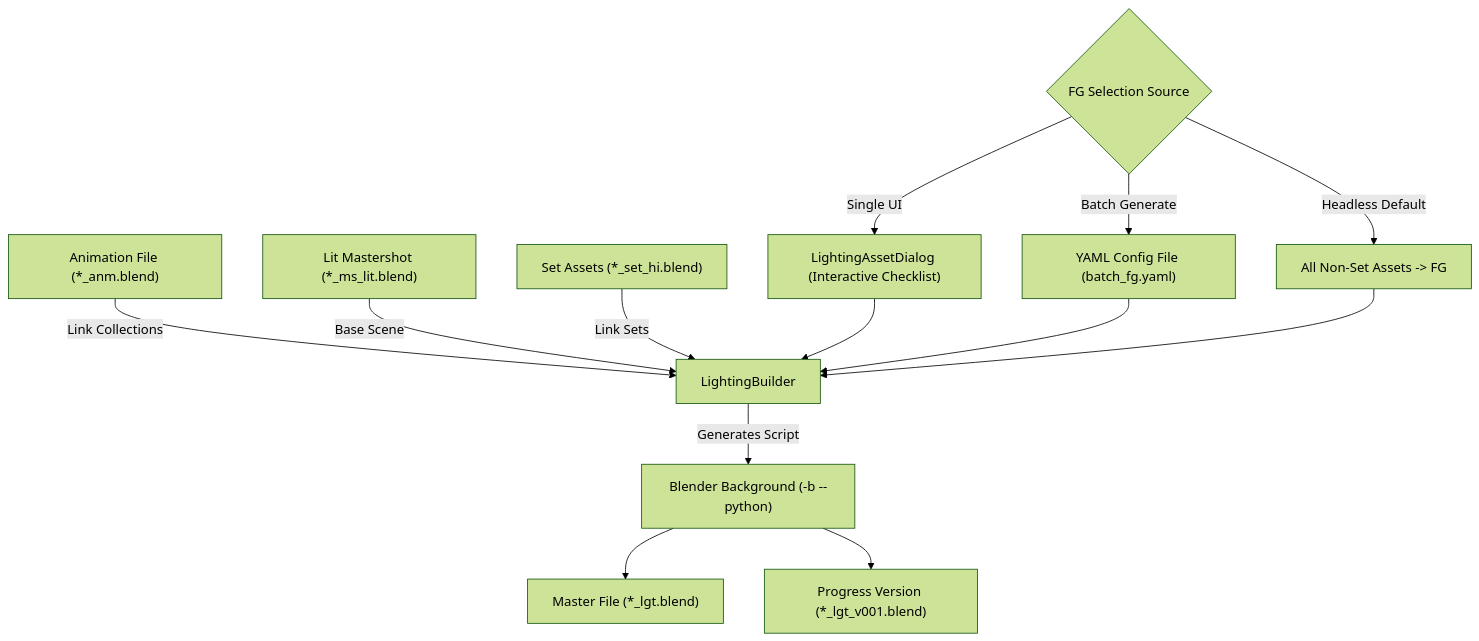
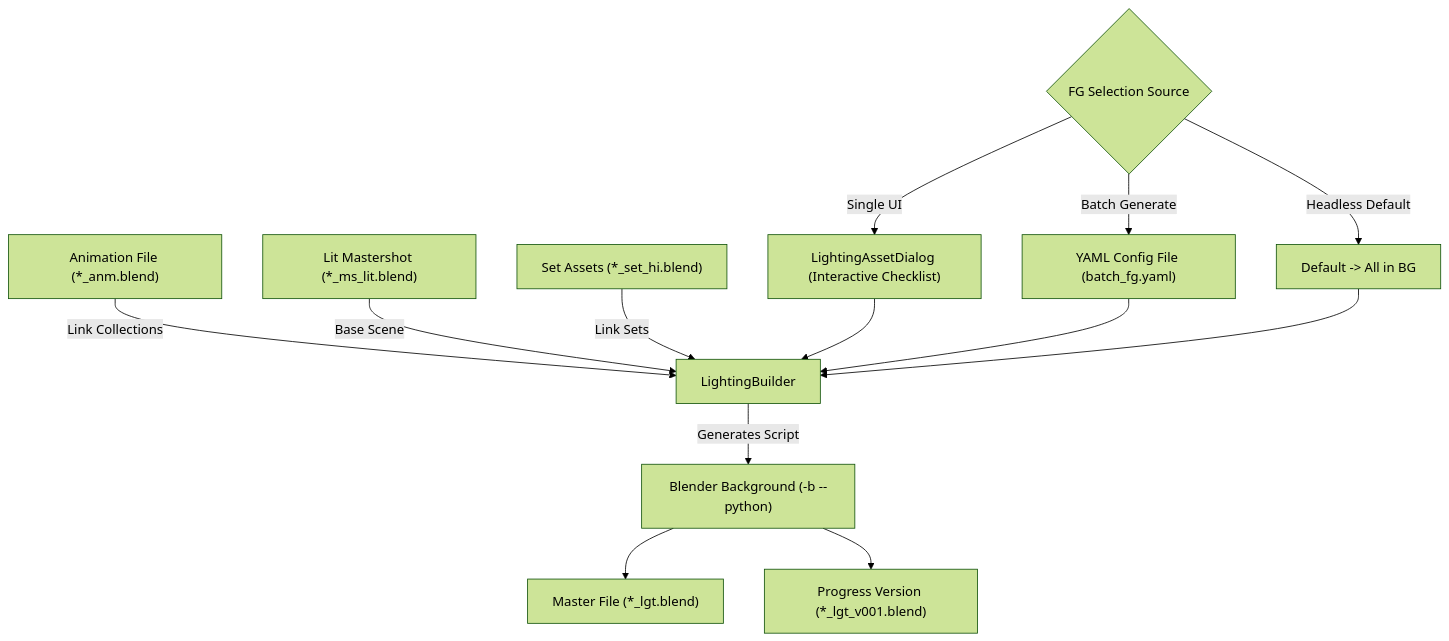
Before and after one commit to iYapi/ZeroXe: the diagram in docs/LIGHTING_BUILDER_AND_FG_BATCH_GUIDE.md, drawn with Mermaid (forest theme). The commit also changed other lines of this file and 1 other file, not shown here.

````diff
--- a/docs/LIGHTING_BUILDER_AND_FG_BATCH_GUIDE.md
+++ b/docs/LIGHTING_BUILDER_AND_FG_BATCH_GUIDE.md
@@ -17,19 +17,19 @@
 ```mermaid
 flowchart TD
     AnimFile["Animation File (*_anm.blend)"] -->|Link Collections| LB["LightingBuilder"]
     LitMaster["Lit Mastershot (*_ms_lit.blend)"] -->|Base Scene| LB
     SetFiles["Set Assets (*_set_hi.blend)"] -->|Link Sets| LB
     
     FGSource{"FG Selection Source"}
     FGSource -->|Single UI| Dialog["LightingAssetDialog (Interactive Checklist)"]
     FGSource -->|Batch Generate| Yaml["YAML Config File (batch_fg.yaml)"]
-    FGSource -->|Headless Default| DefaultRule["All Non-Set Assets -> FG"]
+    FGSource -->|Headless Default| DefaultRule["Default -> All in BG"]
     
     Dialog --> LB
     Yaml --> LB
     DefaultRule --> LB
     
     LB -->|Generates Script| Blender["Blender Background (-b --python)"]
     Blender --> OutMaster["Master File (*_lgt.blend)"]
     Blender --> OutProgress["Progress Version (*_lgt_v001.blend)"]
 ```
````
